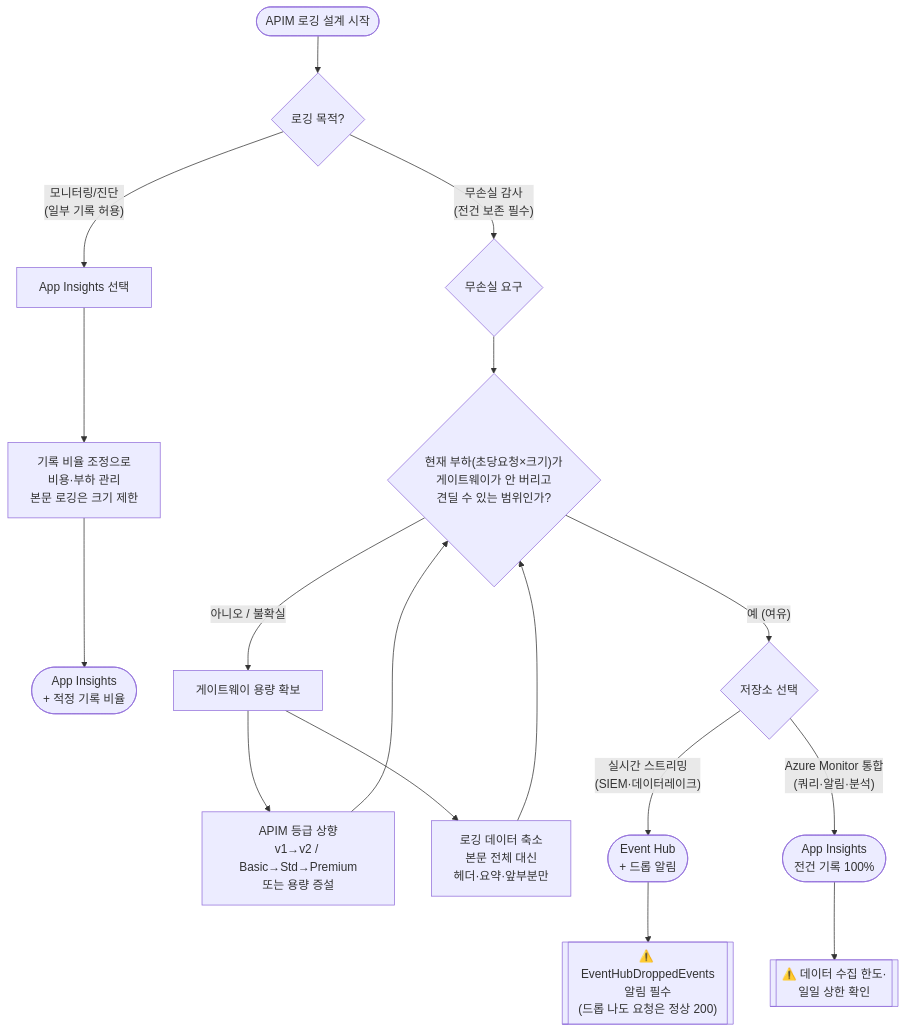
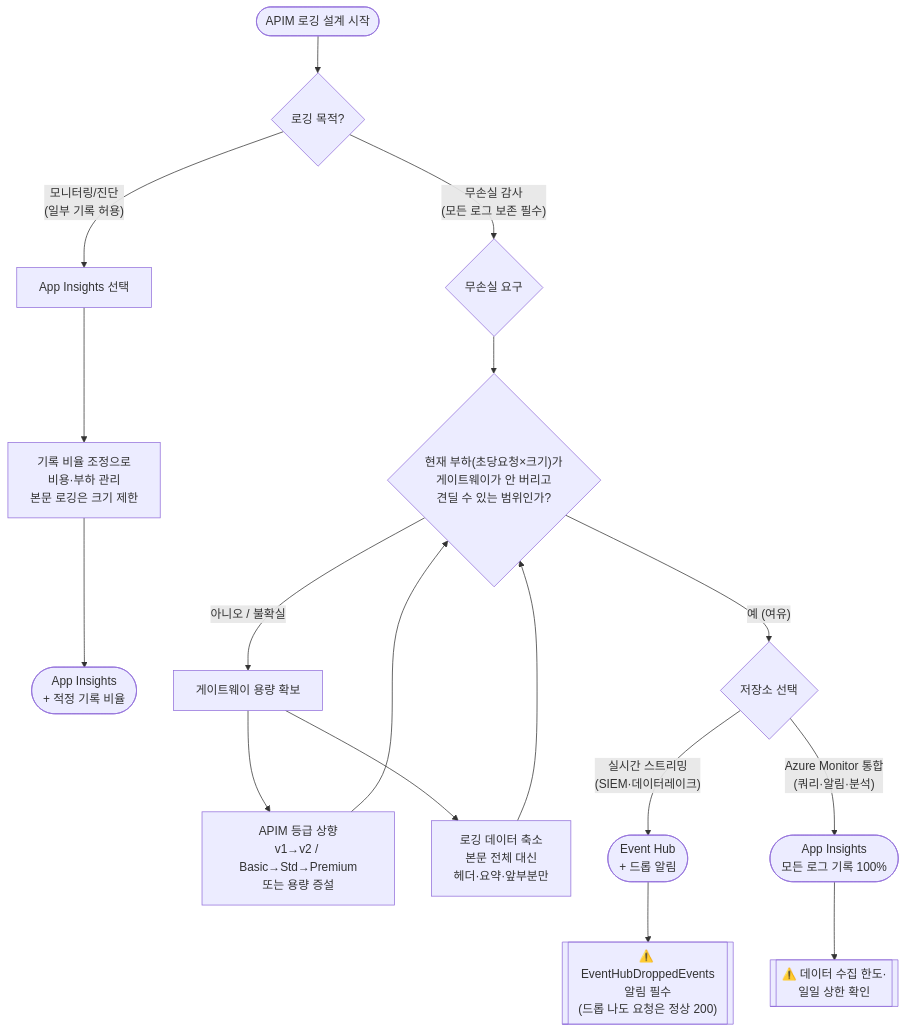
The diagram in labs/lab13-logging-perf-benchmark/DECISION-TREE.md (ChangJu-Ahn/Azure-AI-Gateway-KR), drawn with Mermaid before and after one commit. The commit also changed other lines of this file and 2 other files, not shown here.

````diff
--- a/labs/lab13-logging-perf-benchmark/DECISION-TREE.md
+++ b/labs/lab13-logging-perf-benchmark/DECISION-TREE.md
@@ -29,26 +29,26 @@
 ```mermaid
 flowchart TD
     START([APIM 로깅 설계 시작]) --> PURPOSE{로깅 목적?}
 
     PURPOSE -->|"모니터링/진단<br/>(일부 기록 허용)"| AI_PATH[App Insights 선택]
-    PURPOSE -->|"무손실 감사<br/>(전건 보존 필수)"| LOSSLESS{무손실 요구}
+    PURPOSE -->|"무손실 감사<br/>(모든 로그 보존 필수)"| LOSSLESS{무손실 요구}
 
     AI_PATH --> AI_SAMP[기록 비율 조정으로<br/>비용·부하 관리<br/>본문 로깅은 크기 제한]
     AI_SAMP --> AI_DONE([App Insights<br/>+ 적정 기록 비율])
 
     LOSSLESS --> LOAD{"현재 부하(초당요청×크기)가<br/>게이트웨이가 안 버리고<br/>견딜 수 있는 범위인가?"}
 
     LOAD -->|"예 (여유)"| SINK{저장소 선택}
     LOAD -->|"아니오 / 불확실"| SCALE[게이트웨이 용량 확보]
 
     SCALE --> SKU_UP[APIM 등급 상향<br/>v1→v2 / Basic→Std→Premium<br/>또는 용량 증설]
     SCALE --> PAYLOAD_CUT[로깅 데이터 축소<br/>본문 전체 대신<br/>헤더·요약·앞부분만]
     SKU_UP --> LOAD
     PAYLOAD_CUT --> LOAD
 
     SINK -->|"실시간 스트리밍<br/>(SIEM·데이터레이크)"| EH_DONE([Event Hub<br/>+ 드롭 알림])
-    SINK -->|"Azure Monitor 통합<br/>(쿼리·알림·분석)"| AI_100([App Insights<br/>전건 기록 100%])
+    SINK -->|"Azure Monitor 통합<br/>(쿼리·알림·분석)"| AI_100([App Insights<br/>모든 로그 기록 100%])
 
     EH_DONE --> MON[["⚠️ EventHubDroppedEvents<br/>알림 필수<br/>(드롭 나도 요청은 정상 200)"]]
     AI_100 --> CAP[["⚠️ 데이터 수집 한도·<br/>일일 상한 확인"]]
 ```
````
